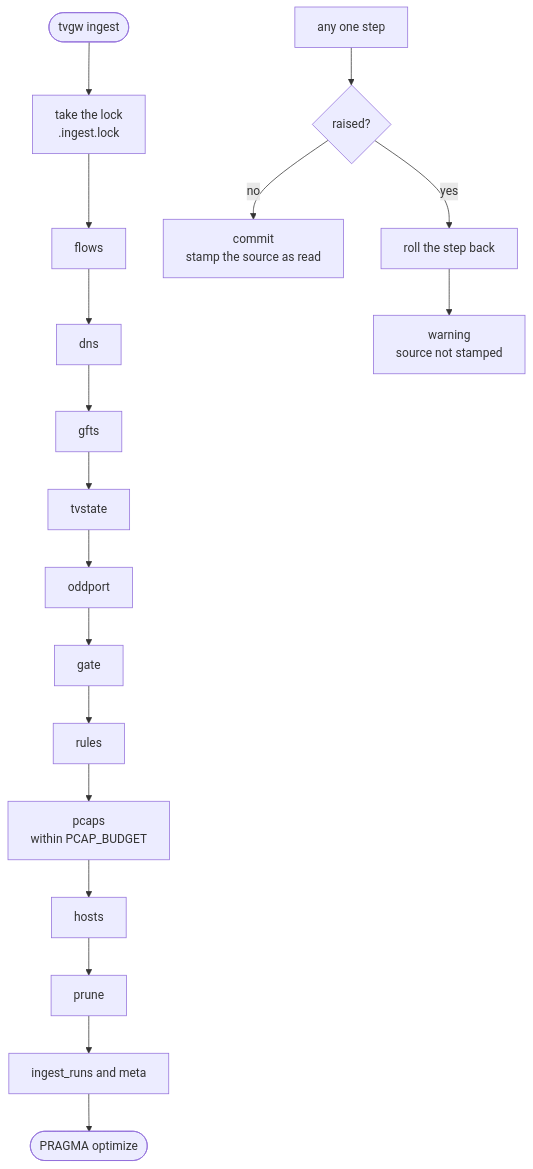
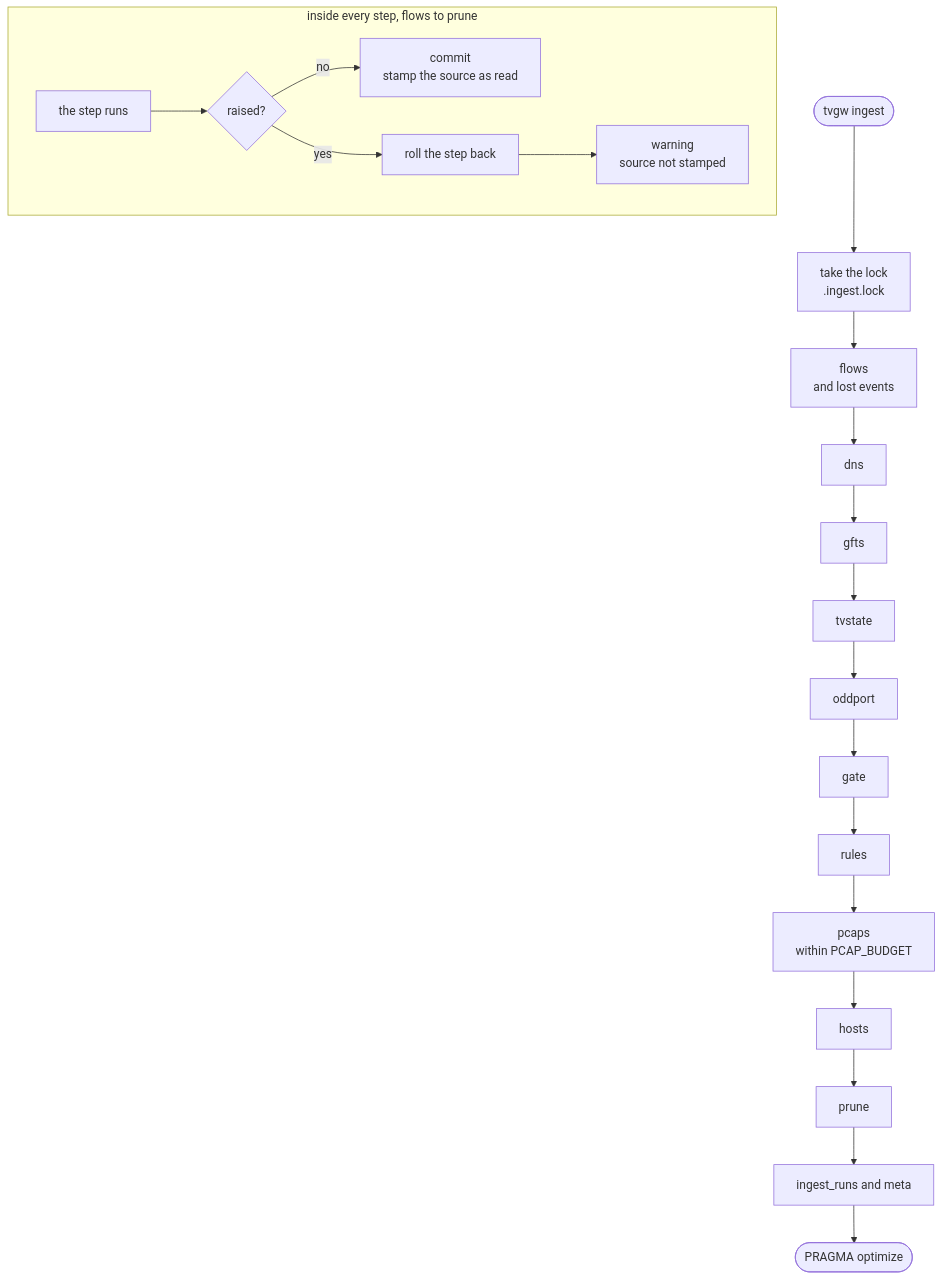
The third of 3 diagrams in docs/data-model.md (kywwilson11/tvgw), drawn with Mermaid before and after one commit. The commit also changed other lines of this file, not shown here.

First line of the commit message:
docs/data-model: the store as main builds it, schema 7

````diff
--- a/docs/data-model.md
+++ b/docs/data-model.md
@@ -465,22 +467,24 @@
 ```mermaid
 flowchart TD
     runStart(["tvgw ingest"])
     lock["take the lock<br/>.ingest.lock"]
-    flowsStep["flows"]
+    flowsStep["flows<br/>and lost events"]
     dnsStep["dns"]
     gftsStep["gfts"]
     tvstateStep["tvstate"]
     oddportStep["oddport"]
     gateStep["gate"]
     rulesStep["rules"]
     pcapsStep["pcaps<br/>within PCAP_BUDGET"]
     hostsStep["hosts"]
     pruneStep["prune"]
     runRecord["ingest_runs and meta"]
     optimize(["PRAGMA optimize"])
     runStart --> lock --> flowsStep --> dnsStep --> gftsStep --> tvstateStep --> oddportStep --> gateStep --> rulesStep --> pcapsStep --> hostsStep --> pruneStep --> runRecord --> optimize
-    anyStep["any one step"] --> raised{"raised?"}
-    raised -->|no| stamped["commit<br/>stamp the source as read"]
-    raised -->|yes| rolledBack["roll the step back"]
-    rolledBack --> warned["warning<br/>source not stamped"]
+    subgraph eachStep["inside every step, flows to prune"]
+        anyStep["the step runs"] --> raised{"raised?"}
+        raised -->|no| stamped["commit<br/>stamp the source as read"]
+        raised -->|yes| rolledBack["roll the step back"]
+        rolledBack --> warned["warning<br/>source not stamped"]
+    end
 ```
````
